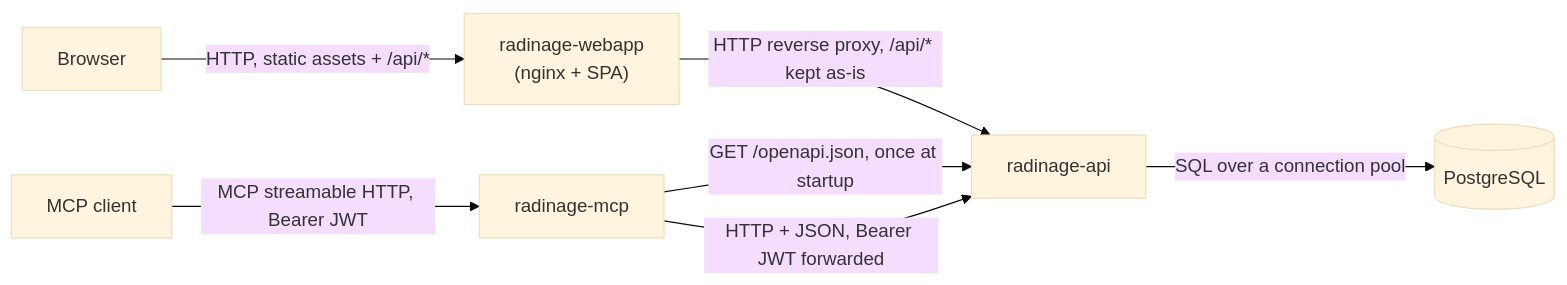
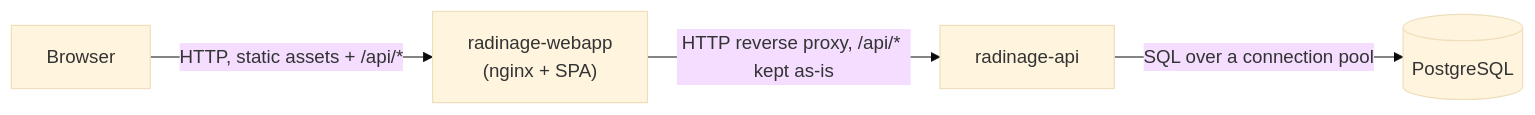
Before and after one commit to leroyguillaume/radinage: the first of 2 diagrams in ARCHITECTURE.md, drawn with Mermaid (base theme). The commit also changed other lines of this file and 23 other files, not shown here.

````diff
--- a/ARCHITECTURE.md
+++ b/ARCHITECTURE.md
@@ -15,16 +15,11 @@
 ```mermaid
 flowchart LR
     browser["Browser"]
-    mcpclient["MCP client"]
     webapp["radinage-webapp<br/>(nginx + SPA)"]
-    mcp["radinage-mcp"]
     api["radinage-api"]
     db[("PostgreSQL")]
 
     browser -->|"HTTP, static assets + /api/*"| webapp
     webapp -->|"HTTP reverse proxy, /api/* kept as-is"| api
-    mcpclient -->|"MCP streamable HTTP, Bearer JWT"| mcp
-    mcp -->|"GET /openapi.json, once at startup"| api
-    mcp -->|"HTTP + JSON, Bearer JWT forwarded"| api
     api -->|"SQL over a connection pool"| db
 ```
````
